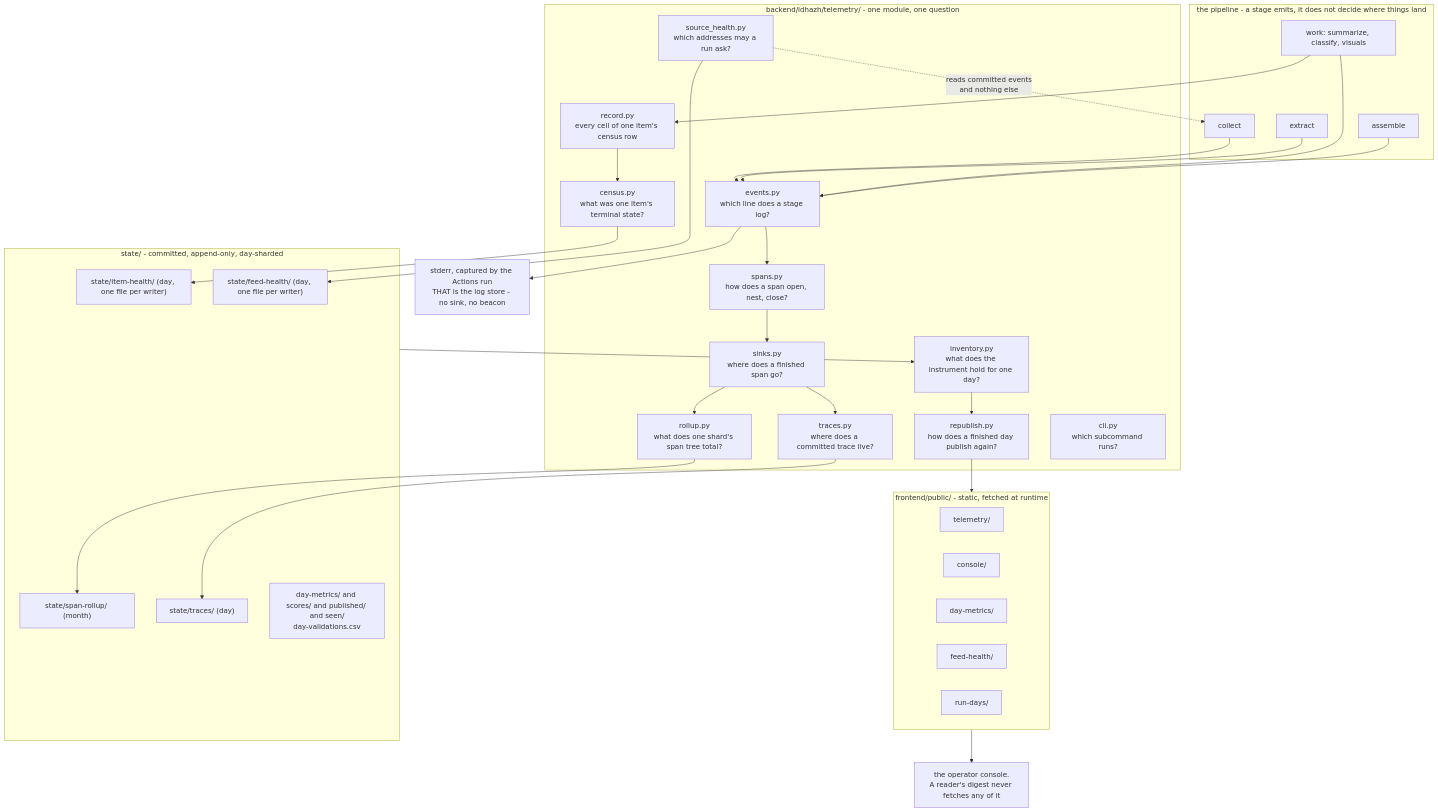
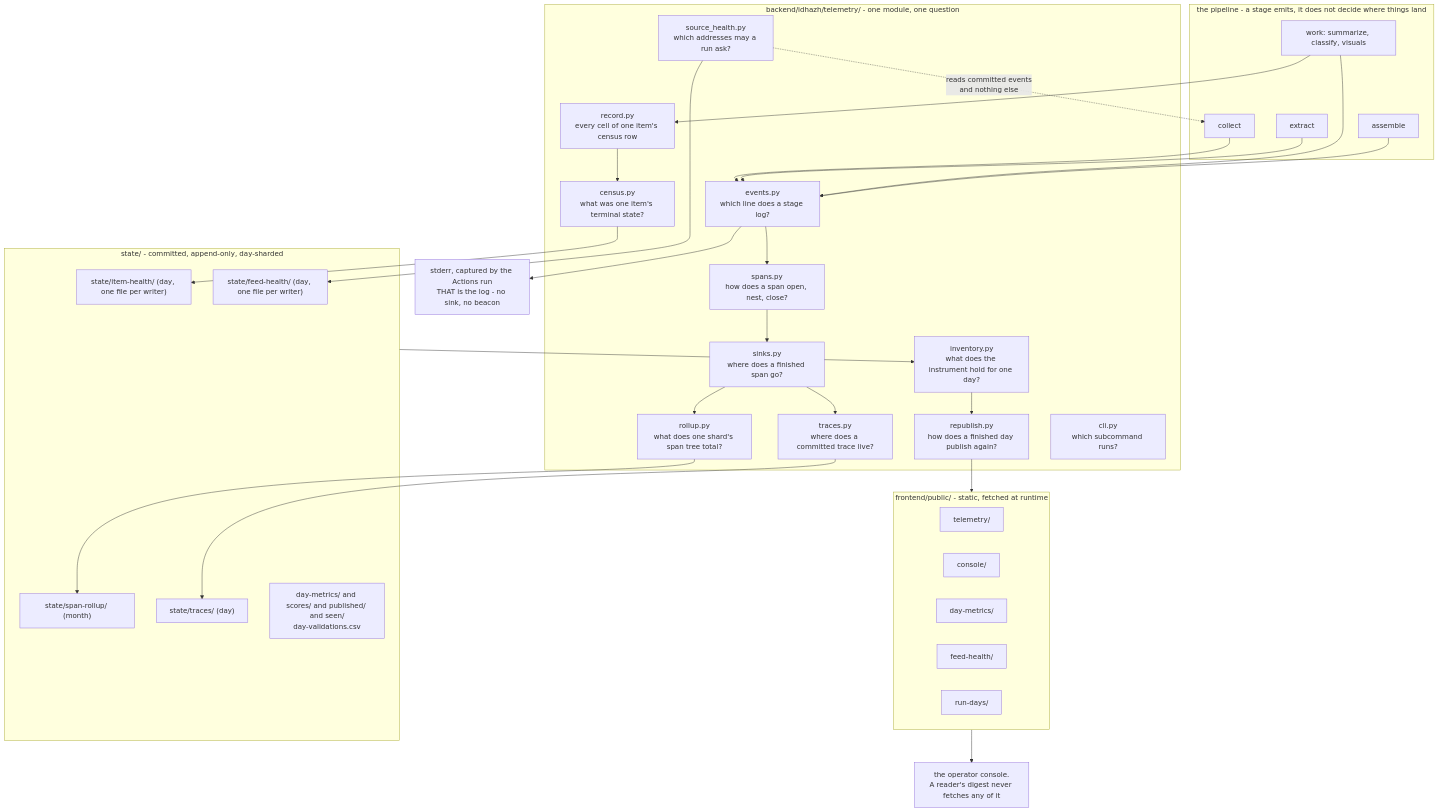
Before and after one commit to miztiik/yen-idhazh: the diagram in docs/concepts/telemetry.md, drawn with Mermaid. The commit also changed other lines of this file and 49 other files, not shown here.

````diff
--- a/docs/concepts/telemetry.md
+++ b/docs/concepts/telemetry.md
@@ -17,64 +17,64 @@
 ```mermaid
 flowchart TD
   subgraph stages["the pipeline - a stage emits, it does not decide where things land"]
     collect["collect"]
     extract["extract"]
     work["work: summarize, classify, visuals"]
     assemble["assemble"]
   end
 
   collect --> events
   extract --> events
   work --> events
   assemble --> events
   work --> record
 
   subgraph pkg["backend/idhazh/telemetry/ - one module, one question"]
     events["events.py<br/>which line does a stage log?"]
     spans["spans.py<br/>how does a span open, nest, close?"]
     sinks["sinks.py<br/>where does a finished span go?"]
     record["record.py<br/>every cell of one item's census row"]
     census["census.py<br/>what was one item's terminal state?"]
     rollup["rollup.py<br/>what does one shard's span tree total?"]
     traces["traces.py<br/>where does a committed trace live?"]
     inventory["inventory.py<br/>what does the instrument hold for one day?"]
     health["source_health.py<br/>which addresses may a run ask?"]
     republish["republish.py<br/>how does a finished day publish again?"]
     cli["cli.py<br/>which subcommand runs?"]
   end
 
-  events --> stderr["stderr, captured by the Actions run<br/>THAT is the log store - no sink, no beacon"]
+  events --> stderr["stderr, captured by the Actions run<br/>THAT is the log - no sink, no beacon"]
   events --> spans --> sinks
   sinks --> traces
   sinks --> rollup
   record --> census
 
   census --> ih["state/item-health/ (day, one file per writer)"]
   rollup --> sr["state/span-rollup/ (month)"]
   traces --> tr["state/traces/ (day)"]
   health --> fh["state/feed-health/ (day, one file per writer)"]
 
   subgraph state["state/ - committed, append-only, day-sharded"]
     ih
     sr
     tr
     fh
     other["day-metrics/ and scores/ and published/ and seen/<br/>day-validations.csv"]
   end
 
   state --> inventory
   inventory --> republish
   republish --> pub
 
   subgraph pub["frontend/public/ - static, fetched at runtime"]
     telem["telemetry/"]
     cons["console/"]
     dm["day-metrics/"]
     fhp["feed-health/"]
     rd["run-days/"]
   end
 
   pub --> op["the operator console.<br/>A reader's digest never fetches any of it"]
 
   health -.->|"reads committed events<br/>and nothing else"| collect
 ```
````
